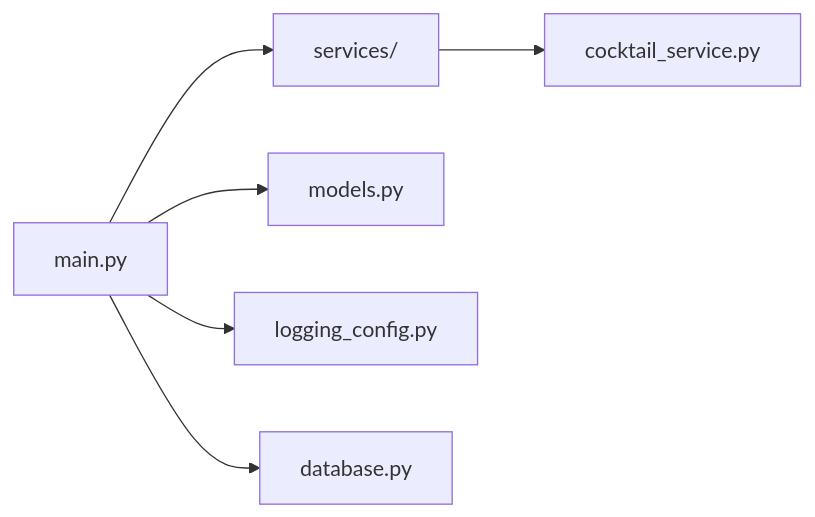
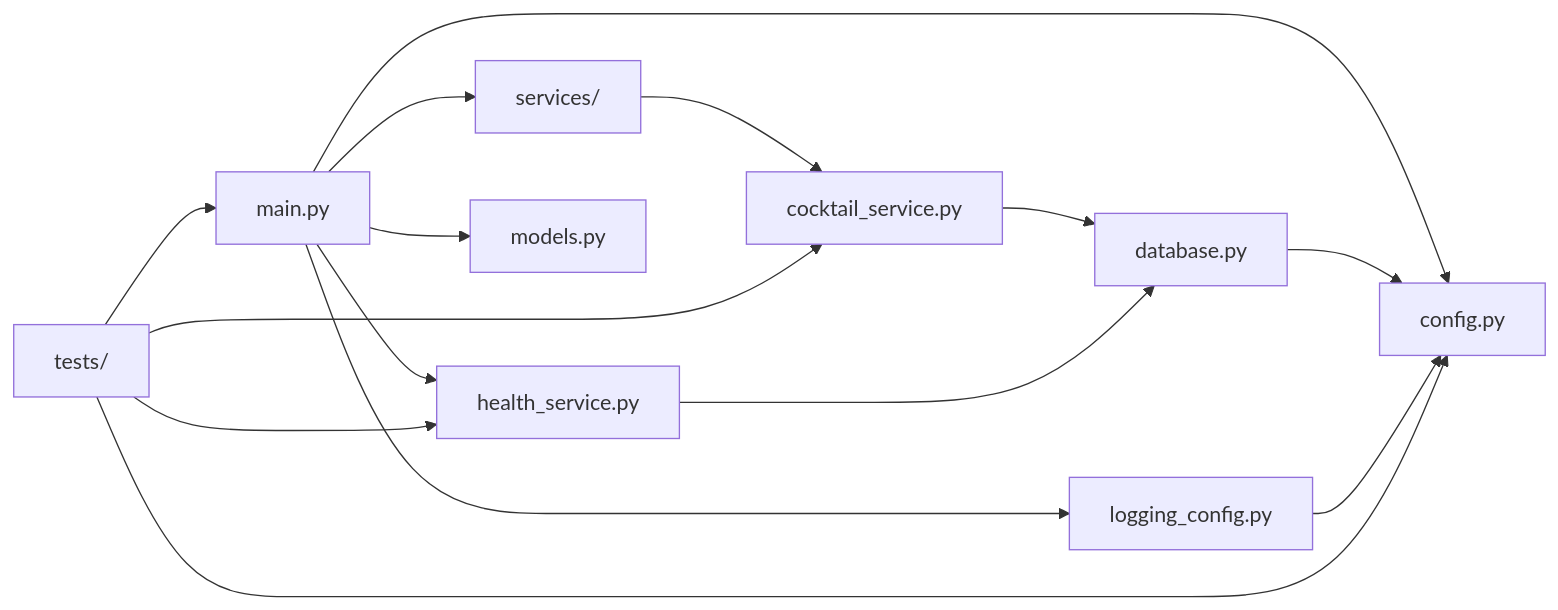
The third of 3 diagrams in docs/architecture/overview.md (tom-stayner/cocktail-ai-app), drawn with Mermaid before and after one commit. The commit also changed other lines of this file and 24 other files, not shown here.

````diff
--- a/docs/architecture/overview.md
+++ b/docs/architecture/overview.md
@@ -77,12 +91,21 @@
 ```mermaid
 flowchart LR
 
 main["main.py"]
 
 main --> services["services/"]
+main --> health["health_service.py"]
+main --> config["config.py"]
 main --> models["models.py"]
 main --> logging["logging_config.py"]
-main --> database["database.py"]
 
 services --> cocktail["cocktail_service.py"]
+cocktail --> database["database.py"]
+health --> database
+database --> config
+logging --> config
+tests["tests/"] --> main
+tests --> cocktail
+tests --> health
+tests --> config
 ```
````
